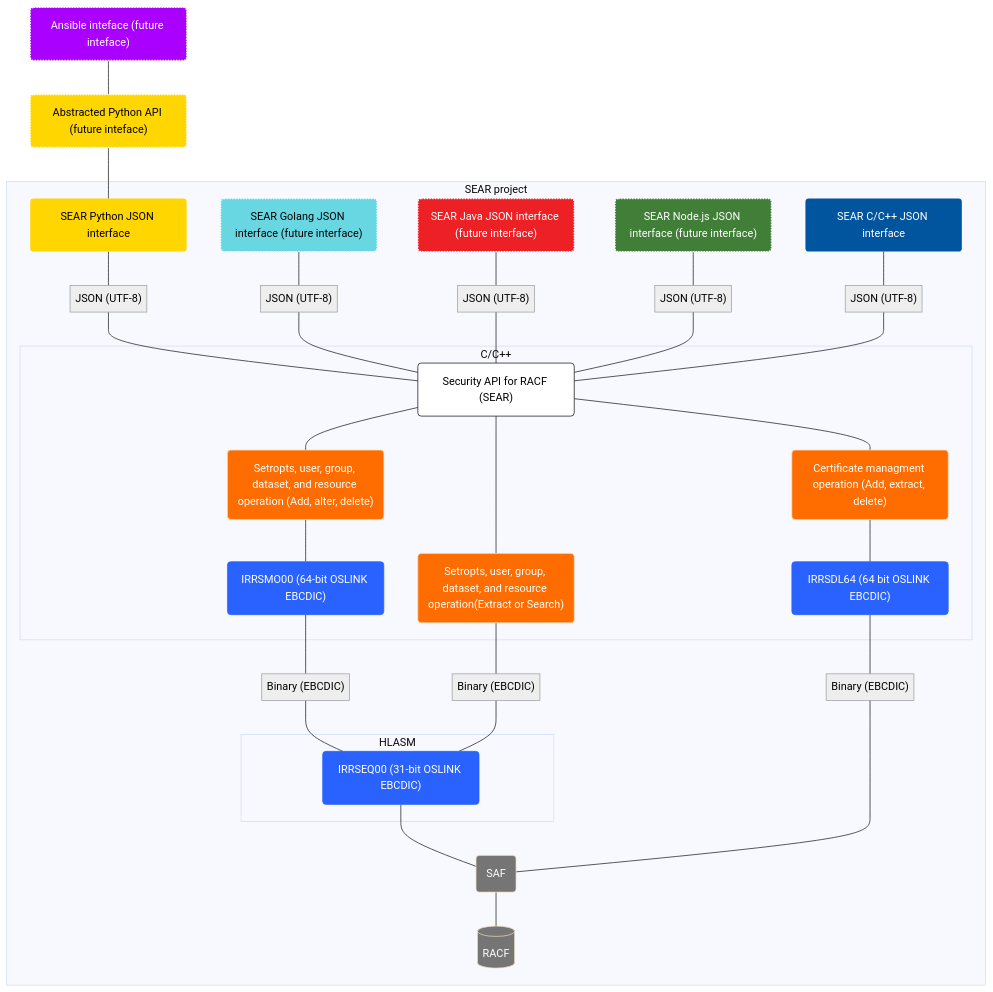
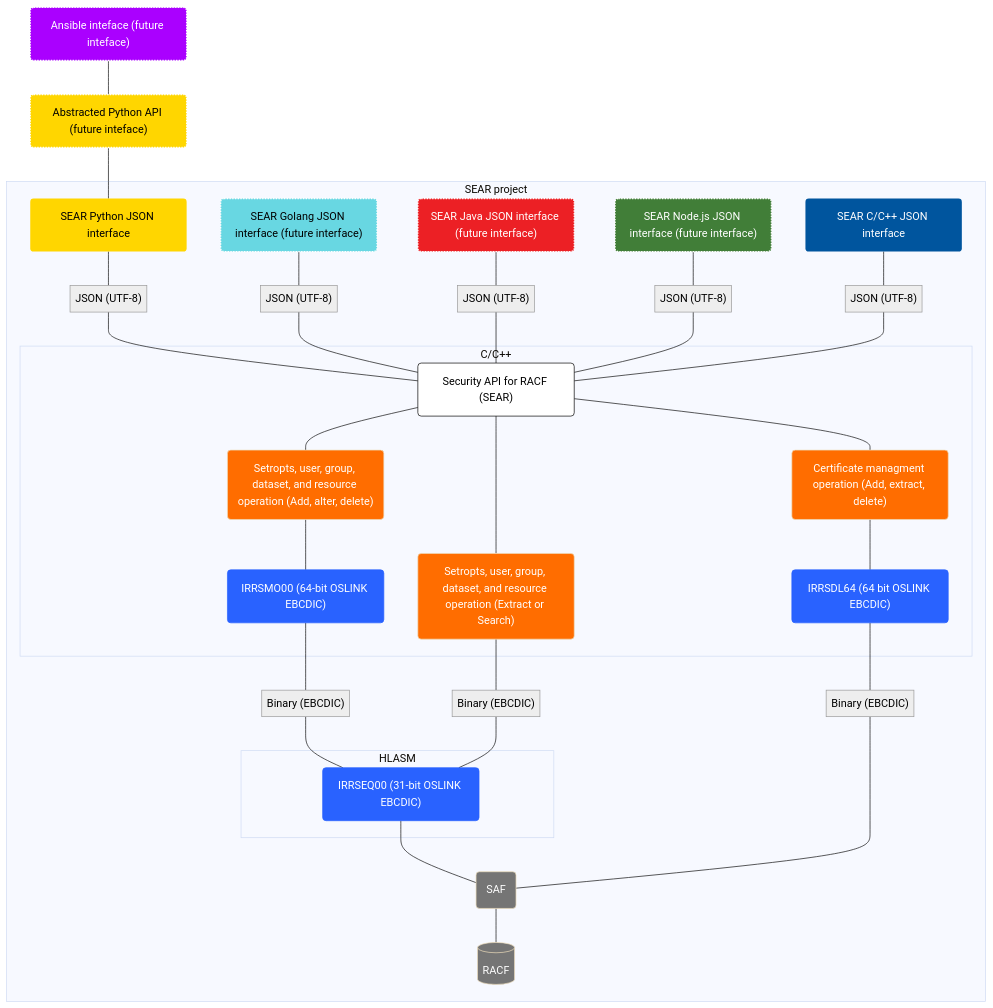
The diagram in index.md (Mainframe-Renewal-Project/sear-docs), drawn with Mermaid (base theme) before and after one commit.

Commit message:
Fixed missing space

```diff
--- a/index.md
+++ b/index.md
@@ -100,7 +100,7 @@
         n5["Setropts, user, group, dataset, and resource operation (Add, alter, delete)"]
         n11["IRRSDL64 (64 bit OSLINK EBCDIC)"]
         n12["Certificate managment operation (Add, extract, delete)"]
-        n7@{ label: "<span style=\"padding-left:\">Setropts, user, group, dataset, and resource operation</span>(Extract or Search)" }
+        n7@{ label: "<span style=\"padding-left:\">Setropts, user, group, dataset, and resource operation (Extract or Search)</span>" }
   end
  subgraph s2["HLASM"]
         n4["IRRSEQ00 (31-bit OSLINK EBCDIC)"]
```
